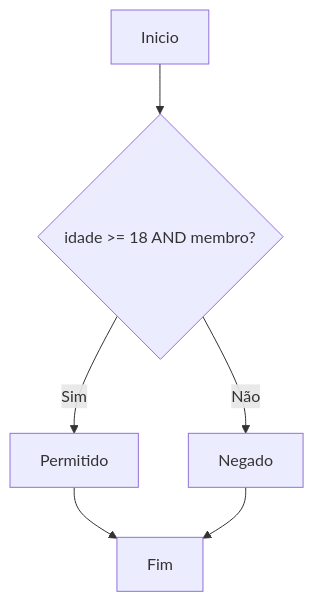
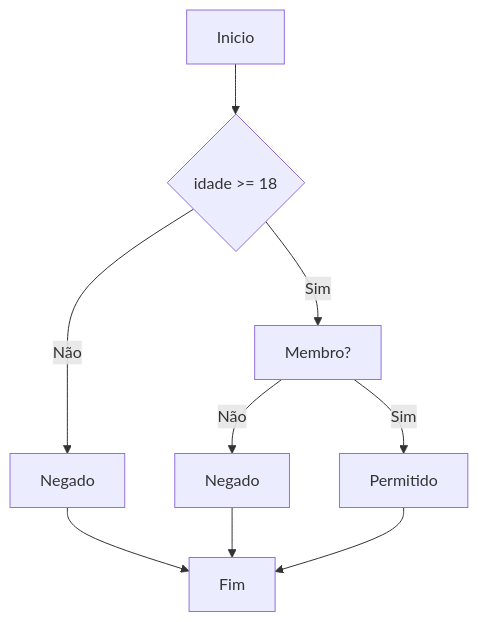
One commit to StellaOli/SimulacaoTesteSoftware changed the third of 6 diagrams in README.md. Above: the diagram before and after it, drawn with Mermaid.

````diff
--- a/README.md
+++ b/README.md
@@ -160,8 +160,12 @@
 ```mermaid
     flowchart TD
-    A[Inicio] --> B{idade >= 18 AND membro?}
-    B -- Sim --> C[Permitido]
+    A[Inicio] --> B{idade >= 18}
+    B -- Sim --> C[Membro?]
     B -- Não --> D[Negado]
-    C --> E[Fim]
-    D --> E
+    C -- Não --> E[Negado]
+    C -- Sim --> F[Permitido]
+    D --> G[Fim]
+    E --> G[Fim]
+    F --> G[Fim]
+    
 ```
````
